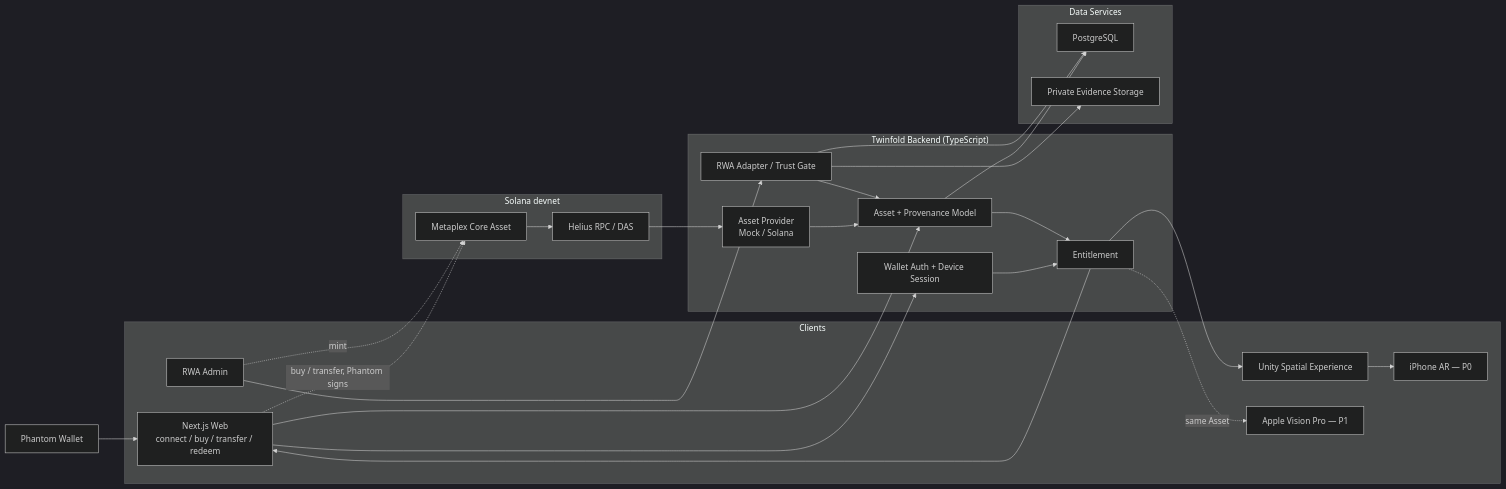
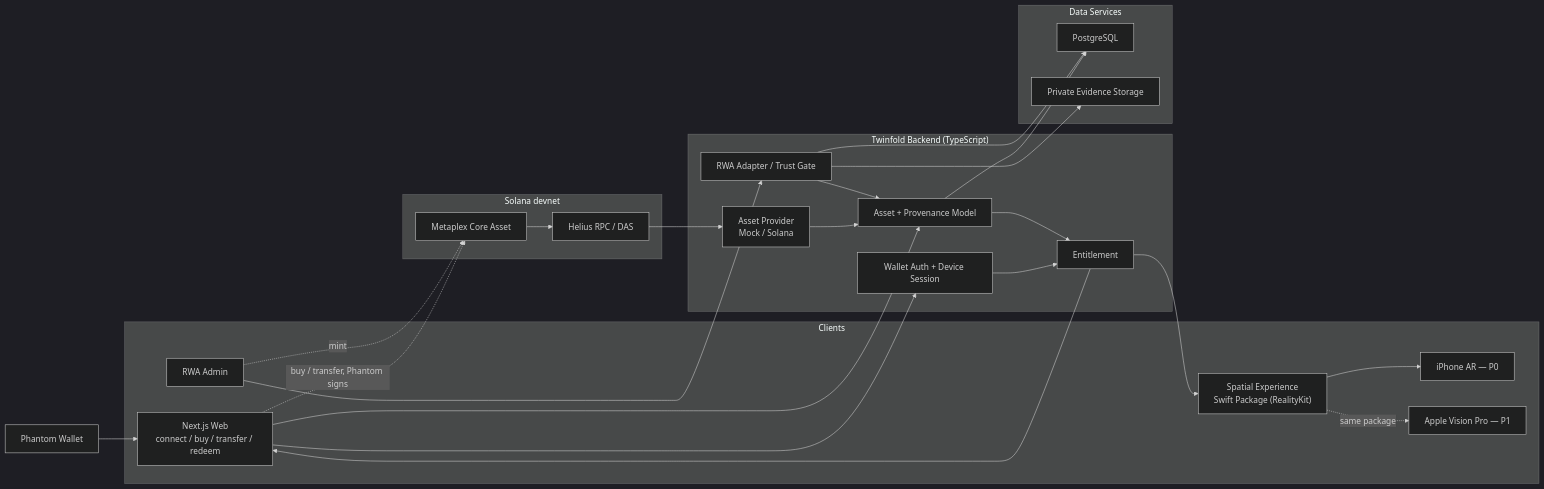
Before and after one commit to arisanari/twinfold: the first of 3 diagrams in docs/architecture.md, drawn with Mermaid (dark theme). The commit also changed other lines of this file and 4 other files, not shown here.

First line of the commit message:
docs: switch spatial client to SwiftUI + RealityKit, revise schedule

````diff
--- a/docs/architecture.md
+++ b/docs/architecture.md
@@ -30,50 +30,50 @@
 ```mermaid
 flowchart LR
     Wallet["Phantom Wallet"]
 
     subgraph Solana["Solana devnet"]
         Asset["Metaplex Core Asset"]
         Helius["Helius RPC / DAS"]
     end
 
     subgraph Backend["Twinfold Backend (TypeScript)"]
         Auth["Wallet Auth + Device Session"]
         Provider["Asset Provider<br/>Mock / Solana"]
         Core["Asset + Provenance Model"]
         Entitlement["Entitlement"]
         RWA["RWA Adapter / Trust Gate"]
     end
 
     subgraph Clients["Clients"]
         Web["Next.js Web<br/>connect / buy / transfer / redeem"]
-        Unity["Unity Spatial Experience"]
+        Spatial["Spatial Experience<br/>Swift Package (RealityKit)"]
         IOS["iPhone AR — P0"]
         Vision["Apple Vision Pro — P1"]
         Admin["RWA Admin"]
     end
 
     subgraph Data["Data Services"]
         DB["PostgreSQL"]
         Private["Private Evidence Storage"]
     end
 
     Wallet --> Web
     Web -. buy / transfer, Phantom signs .-> Asset
     Admin -. mint .-> Asset
     Asset --> Helius
     Helius --> Provider
     Provider --> Core
     Web --> Auth
     Web --> Core
     Auth --> Entitlement
     Core --> Entitlement
     Entitlement --> Web
-    Entitlement --> Unity
-    Unity --> IOS
-    Entitlement -. same Asset .-> Vision
+    Entitlement --> Spatial
+    Spatial --> IOS
+    Spatial -. same package .-> Vision
     Admin --> RWA
     RWA --> Core
     Core --> DB
     RWA --> DB
     RWA --> Private
 ```
````
